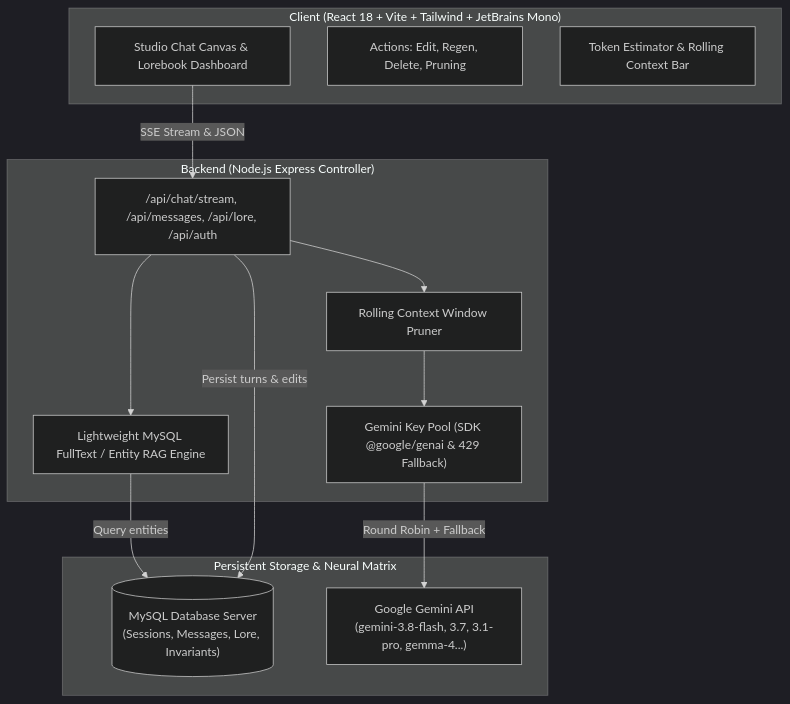
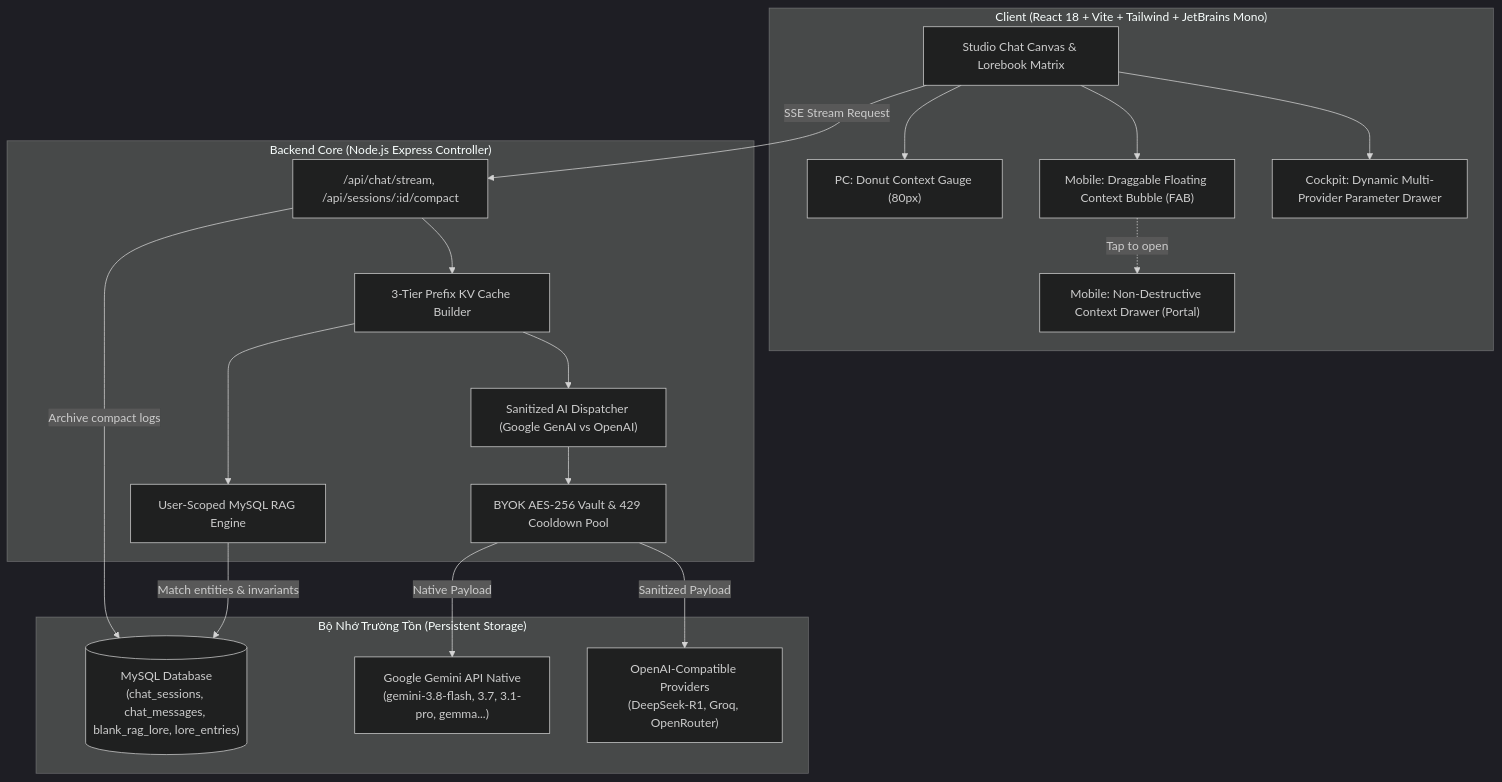
The diagram in README.md (PhucERRscrtcodebruhh/INTPcrafter), drawn with Mermaid (dark theme) before and after one commit. The commit also changed other lines of this file and 1 other file, not shown here.

````diff
--- a/README.md
+++ b/README.md
@@ -85,28 +90,39 @@
 ```mermaid
 flowchart TD
     subgraph Client ["Client (React 18 + Vite + Tailwind + JetBrains Mono)"]
-        UI["Studio Chat Canvas & Lorebook Dashboard"]
-        Controls["Actions: Edit, Regen, Delete, Pruning"]
-        TokenMeter["Token Estimator & Rolling Context Bar"]
+        UI["Studio Chat Canvas & Lorebook Matrix"]
+        Donut["PC: Donut Context Gauge (80px)"]
+        FAB["Mobile: Draggable Floating Context Bubble (FAB)"]
+        Drawer["Mobile: Non-Destructive Context Drawer (Portal)"]
+        Cockpit["Cockpit: Dynamic Multi-Provider Parameter Drawer"]
     end
 
-    subgraph Server ["Backend (Node.js Express Controller)"]
-        Router["/api/chat/stream, /api/messages, /api/lore, /api/auth"]
-        RAG["Lightweight MySQL FullText / Entity RAG Engine"]
-        ContextRoller["Rolling Context Window Pruner"]
-        KeyPool["Gemini Key Pool (SDK @google/genai & 429 Fallback)"]
+    subgraph Server ["Backend Core (Node.js Express Controller)"]
+        Router["/api/chat/stream, /api/sessions/:id/compact"]
+        ThreeTier["3-Tier Prefix KV Cache Builder"]
+        Dispatcher["Sanitized AI Dispatcher (Google GenAI vs OpenAI)"]
+        RAG["User-Scoped MySQL RAG Engine"]
+        KeyPool["BYOK AES-256 Vault & 429 Cooldown Pool"]
     end
 
-    subgraph External ["Persistent Storage & Neural Matrix"]
-        DB[("MySQL Database Server\n(Sessions, Messages, Lore, Invariants)")]
-        GoogleAI["Google Gemini API\n(gemini-3.8-flash, 3.7, 3.1-pro, gemma-4...)"]
+    subgraph Persistence ["Bộ Nhớ Trường Tồn (Persistent Storage)"]
+        DB[("MySQL Database\n(chat_sessions, chat_messages, blank_rag_lore, lore_entries)")]
+        GoogleAI["Google Gemini API Native\n(gemini-3.8-flash, 3.7, 3.1-pro, gemma...)"]
+        OpenAICompat["OpenAI-Compatible Providers\n(DeepSeek-R1, Groq, OpenRouter)"]
     end
 
-    UI -->|SSE Stream & JSON| Router
-    Router --> RAG
-    RAG -->|Query entities| DB
-    Router --> ContextRoller
-    ContextRoller --> KeyPool
-    KeyPool -->|Round Robin + Fallback| GoogleAI
-    Router -->|Persist turns & edits| DB
+    UI --> Donut
+    UI --> FAB
+    FAB -.->|Tap to open| Drawer
+    UI --> Cockpit
+    
+    UI -->|SSE Stream Request| Router
+    Router --> ThreeTier
+    ThreeTier --> RAG
+    RAG -->|Match entities & invariants| DB
+    ThreeTier --> Dispatcher
+    Dispatcher --> KeyPool
+    KeyPool -->|Native Payload| GoogleAI
+    KeyPool -->|Sanitized Payload| OpenAICompat
+    Router -->|Archive compact logs| DB
 ```
````
